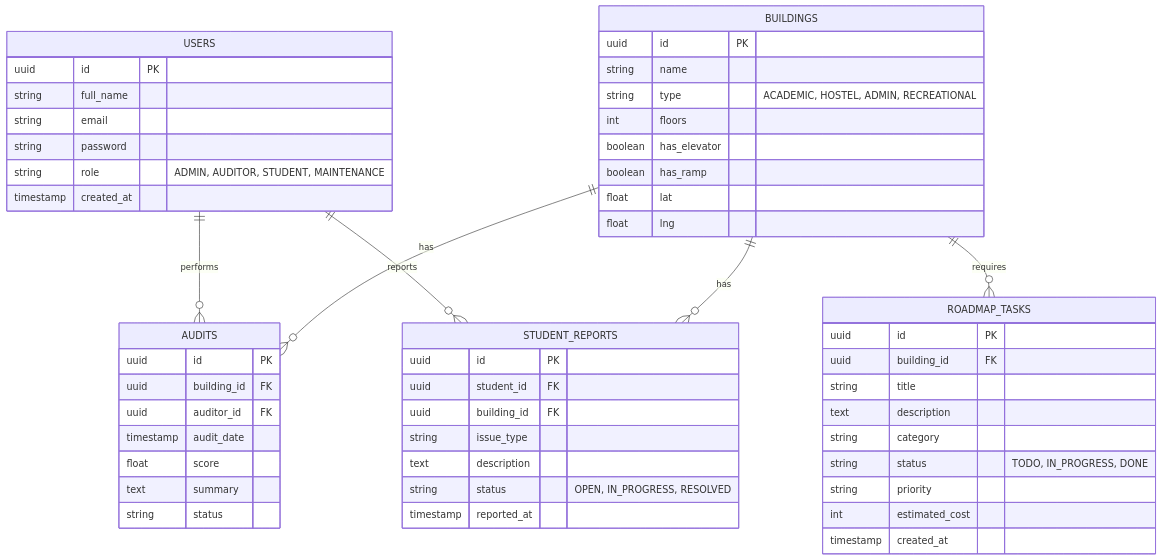
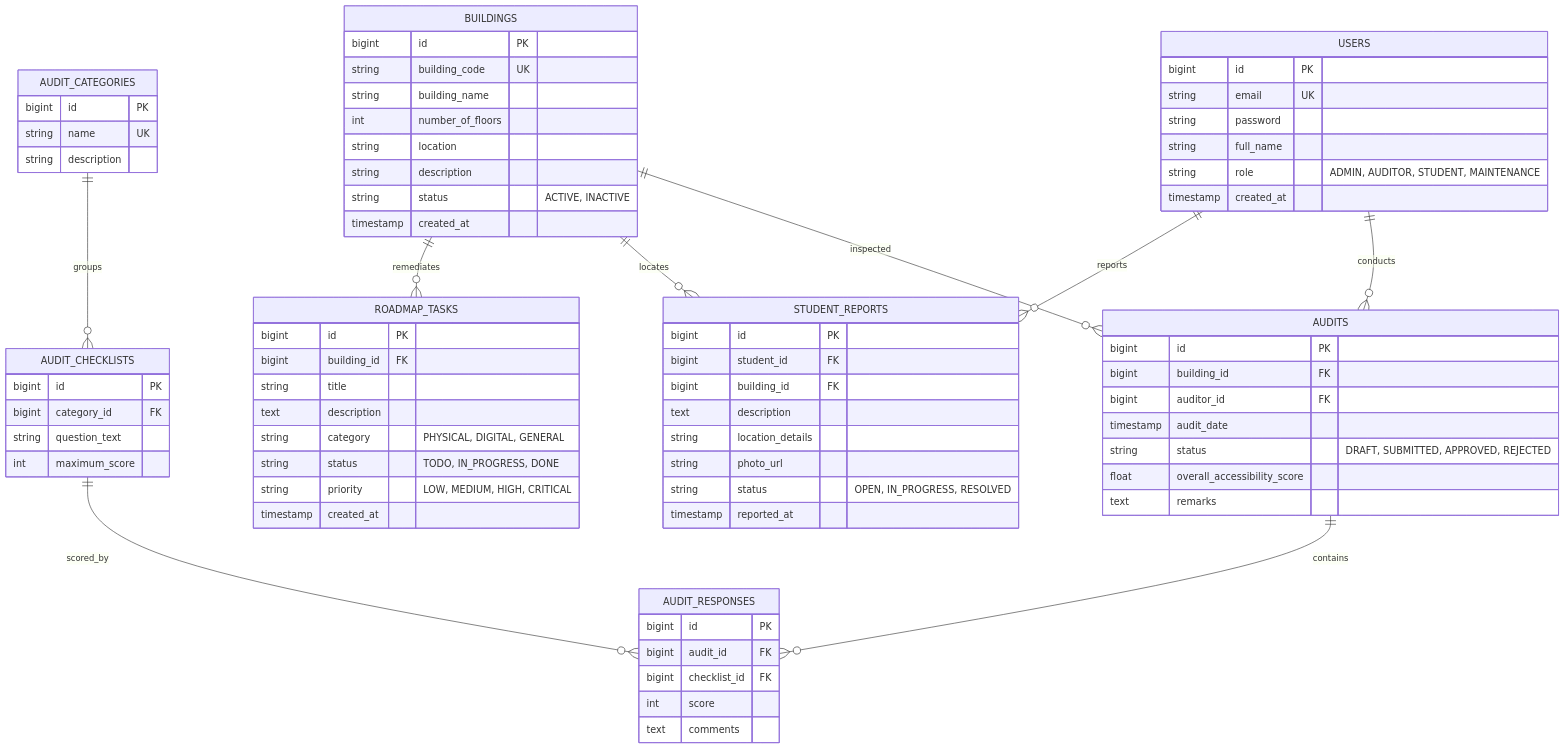
The diagram in docs/architecture/DATABASE_SCHEMA.md (VaibhavTiwari006/S-06-Accessibility-Audit-Inclusion-Improvement-Drive-on-Campus), drawn with Mermaid before and after one commit. The commit also changed other lines of this file, not shown here.

Commit message:
docs(Database): expand DATABASE_SCHEMA.md with column data-types and foreign keys definitions

````diff
--- a/docs/architecture/DATABASE_SCHEMA.md
+++ b/docs/architecture/DATABASE_SCHEMA.md
@@ -5,60 +9,84 @@
 ```mermaid
 erDiagram
     USERS {
-        uuid id PK
+        bigint id PK
+        string email UK
+        string password
         string full_name
-        string email
-        string password
         string role "ADMIN, AUDITOR, STUDENT, MAINTENANCE"
         timestamp created_at
     }
     
     BUILDINGS {
-        uuid id PK
-        string name
-        string type "ACADEMIC, HOSTEL, ADMIN, RECREATIONAL"
-        int floors
-        boolean has_elevator
-        boolean has_ramp
-        float lat
-        float lng
+        bigint id PK
+        string building_code UK
+        string building_name
+        int number_of_floors
+        string location
+        string description
+        string status "ACTIVE, INACTIVE"
+        timestamp created_at
     }
     
     AUDITS {
-        uuid id PK
-        uuid building_id FK
-        uuid auditor_id FK
+        bigint id PK
+        bigint building_id FK
+        bigint auditor_id FK
         timestamp audit_date
-        float score
-        text summary
-        string status
+        string status "DRAFT, SUBMITTED, APPROVED, REJECTED"
+        float overall_accessibility_score
+        text remarks
+    }
+
+    AUDIT_RESPONSES {
+        bigint id PK
+        bigint audit_id FK
+        bigint checklist_id FK
+        int score
+        text comments
+    }
+
+    AUDIT_CHECKLISTS {
+        bigint id PK
+        bigint category_id FK
+        string question_text
+        int maximum_score
+    }
+
+    AUDIT_CATEGORIES {
+        bigint id PK
+        string name UK
+        string description
     }
     
     STUDENT_REPORTS {
-        uuid id PK
-        uuid student_id FK
-        uuid building_id FK
-        string issue_type
+        bigint id PK
+        bigint student_id FK
+        bigint building_id FK
         text description
+        string location_details
+        string photo_url
         string status "OPEN, IN_PROGRESS, RESOLVED"
         timestamp reported_at
     }
     
     ROADMAP_TASKS {
-        uuid id PK
-        uuid building_id FK
+        bigint id PK
+        bigint building_id FK
         string title
         text description
-        string category
+        string category "PHYSICAL, DIGITAL, GENERAL"
         string status "TODO, IN_PROGRESS, DONE"
-        string priority
-        int estimated_cost
+        string priority "LOW, MEDIUM, HIGH, CRITICAL"
         timestamp created_at
     }
 
-    USERS ||--o{ AUDITS : "performs"
+    USERS ||--o{ AUDITS : "conducts"
+    BUILDINGS ||--o{ AUDITS : "inspected"
+    AUDITS ||--o{ AUDIT_RESPONSES : "contains"
+    AUDIT_CHECKLISTS ||--o{ AUDIT_RESPONSES : "scored_by"
+    AUDIT_CATEGORIES ||--o{ AUDIT_CHECKLISTS : "groups"
     USERS ||--o{ STUDENT_REPORTS : "reports"
-    BUILDINGS ||--o{ AUDITS : "has"
-    BUILDINGS ||--o{ STUDENT_REPORTS : "has"
-    BUILDINGS ||--o{ ROADMAP_TASKS : "requires"
+    BUILDINGS ||--o{ STUDENT_REPORTS : "locates"
+    BUILDINGS ||--o{ ROADMAP_TASKS : "remediates"
 ```
````
